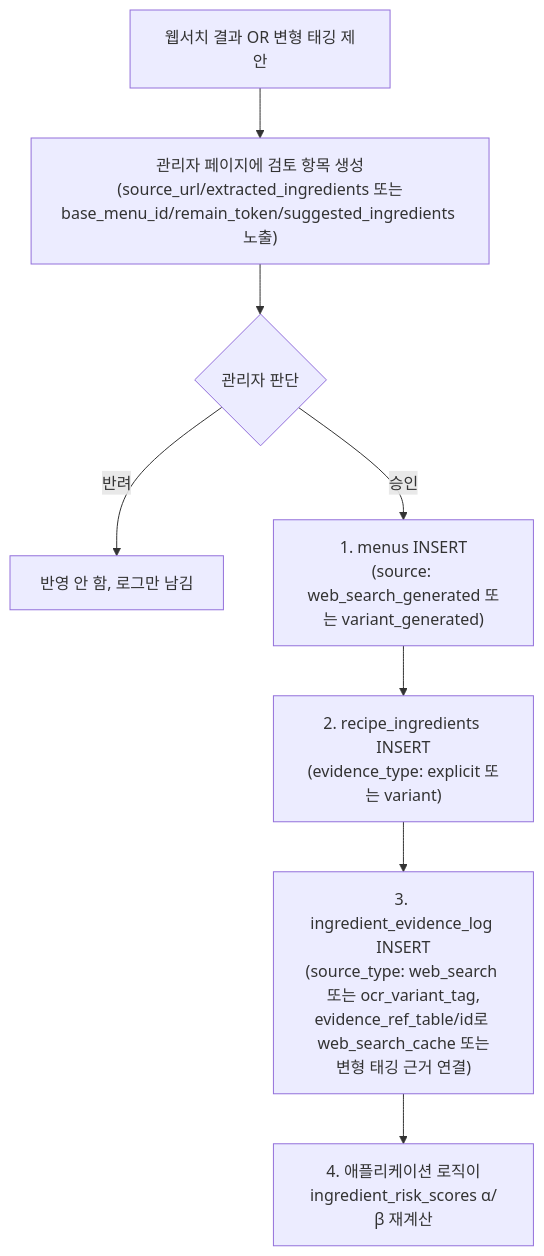
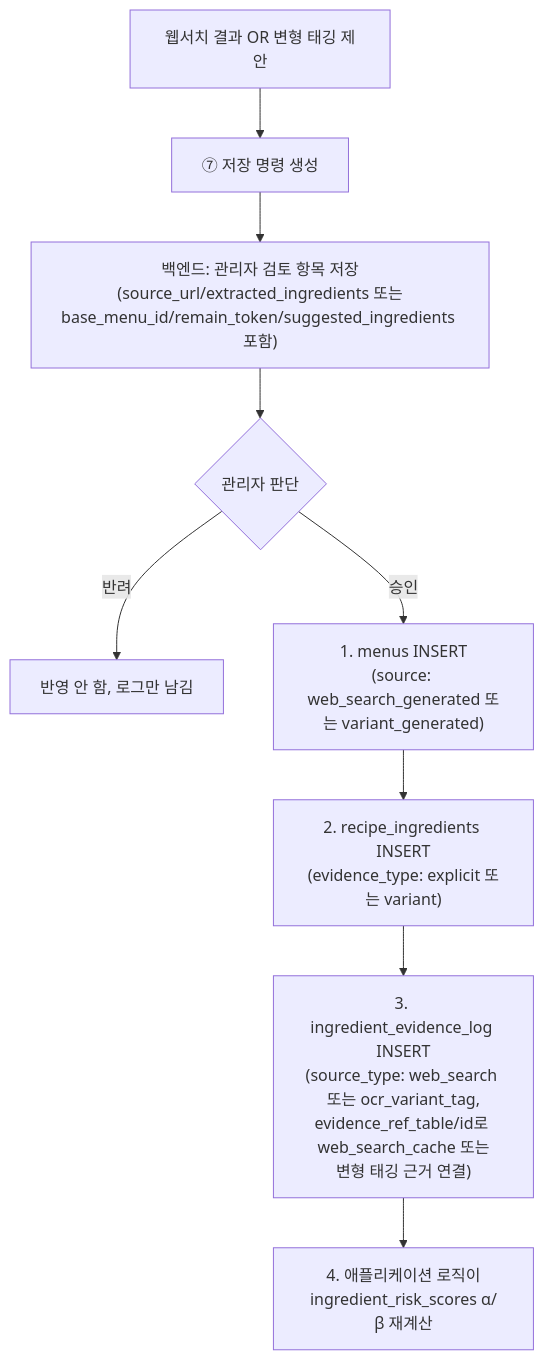
Before and after one commit to Han-Spoon/ai: the third of 5 diagrams in docs/agent-6-7-websearch-dbupdate.md, drawn with Mermaid. The commit also changed other lines of this file and 8 other files, not shown here.

````diff
--- a/docs/agent-6-7-websearch-dbupdate.md
+++ b/docs/agent-6-7-websearch-dbupdate.md
@@ -143,10 +147,11 @@
 ```mermaid
 flowchart TD
-    IN["웹서치 결과 OR 변형 태깅 제안"] --> REVIEW["관리자 페이지에 검토 항목 생성<br/>(source_url/extracted_ingredients 또는\nbase_menu_id/remain_token/suggested_ingredients 노출)"]
+    IN["웹서치 결과 OR 변형 태깅 제안"] --> CMD["⑦ 저장 명령 생성"]
+    CMD --> REVIEW["백엔드: 관리자 검토 항목 저장<br/>(source_url/extracted_ingredients 또는\nbase_menu_id/remain_token/suggested_ingredients 포함)"]
     REVIEW --> WAIT{관리자 판단}
     WAIT -->|반려| DROP["반영 안 함, 로그만 남김"]
     WAIT -->|승인| M1["1. menus INSERT\n(source: web_search_generated 또는 variant_generated)"]
     M1 --> M2["2. recipe_ingredients INSERT\n(evidence_type: explicit 또는 variant)"]
     M2 --> M3["3. ingredient_evidence_log INSERT\n(source_type: web_search 또는 ocr_variant_tag,\nevidence_ref_table/id로 web_search_cache 또는\n변형 태깅 근거 연결)"]
     M3 --> M4["4. 애플리케이션 로직이\ningredient_risk_scores α/β 재계산"]
 ```
````
